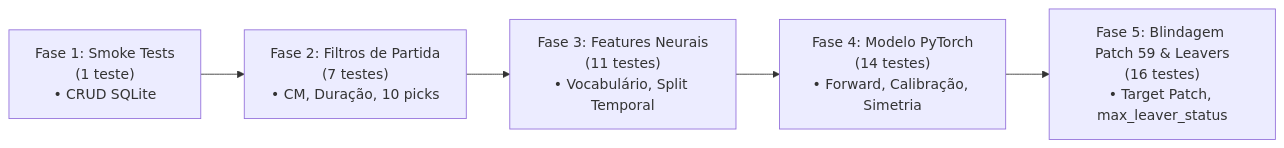
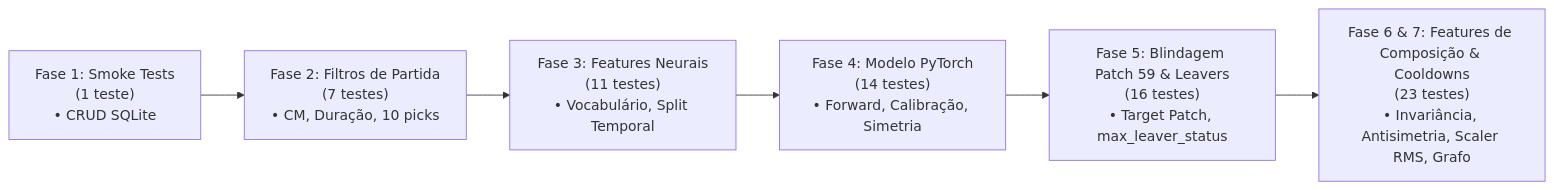
The diagram in docs/EVOLUCAO_TESTES_E_EXPERIMENTOS.md (ataidefilipe/dota2req1), drawn with Mermaid before and after one commit. The commit also changed other lines of this file and 37 other files, not shown here.

````diff
--- a/docs/EVOLUCAO_TESTES_E_EXPERIMENTOS.md
+++ b/docs/EVOLUCAO_TESTES_E_EXPERIMENTOS.md
@@ -15,7 +15,8 @@
 ```mermaid
 flowchart LR
     M1["Fase 1: Smoke Tests\n(1 teste)\n• CRUD SQLite"] --> M2["Fase 2: Filtros de Partida\n(7 testes)\n• CM, Duração, 10 picks"]
     M2 --> M3["Fase 3: Features Neurais\n(11 testes)\n• Vocabulário, Split Temporal"]
     M3 --> M4["Fase 4: Modelo PyTorch\n(14 testes)\n• Forward, Calibração, Simetria"]
     M4 --> M5["Fase 5: Blindagem Patch 59 & Leavers\n(16 testes)\n• Target Patch, max_leaver_status"]
+    M5 --> M6["Fase 6 & 7: Features de Composição & Cooldowns\n(23 testes)\n• Invariância, Antisimetria, Scaler RMS, Grafo"]
 ```
````
